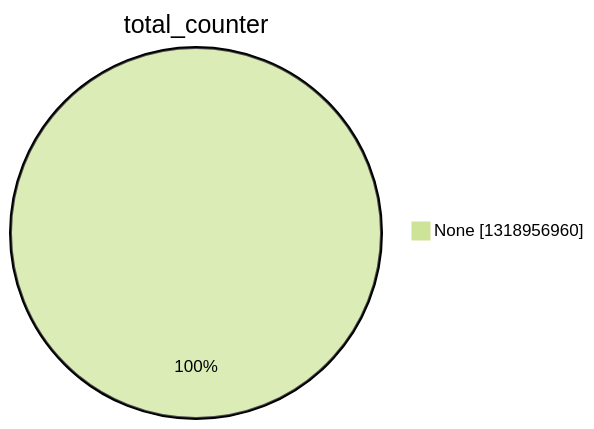
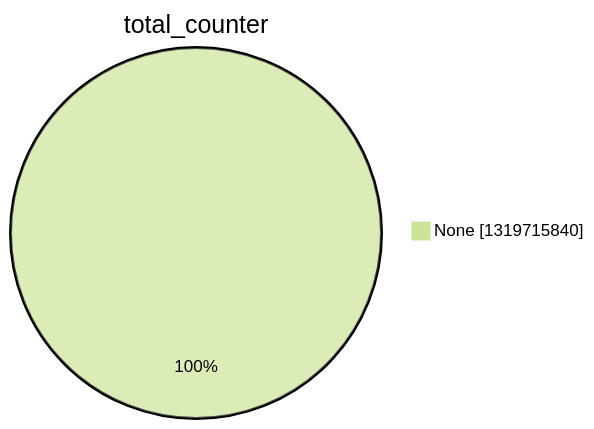
Before and after one commit to christiankrug/ctmonitor_visualization: the second of 15 diagrams in argon2022/README.md, drawn with Mermaid (forest theme). The commit also changed other lines of this file, not shown here.

````diff
--- a/argon2022/README.md
+++ b/argon2022/README.md
@@ -9,5 +9,5 @@
 ```mermaid
 pie showData
 title total_counter
-"None" :1318956960
+"None" :1319715840
 ```
````
